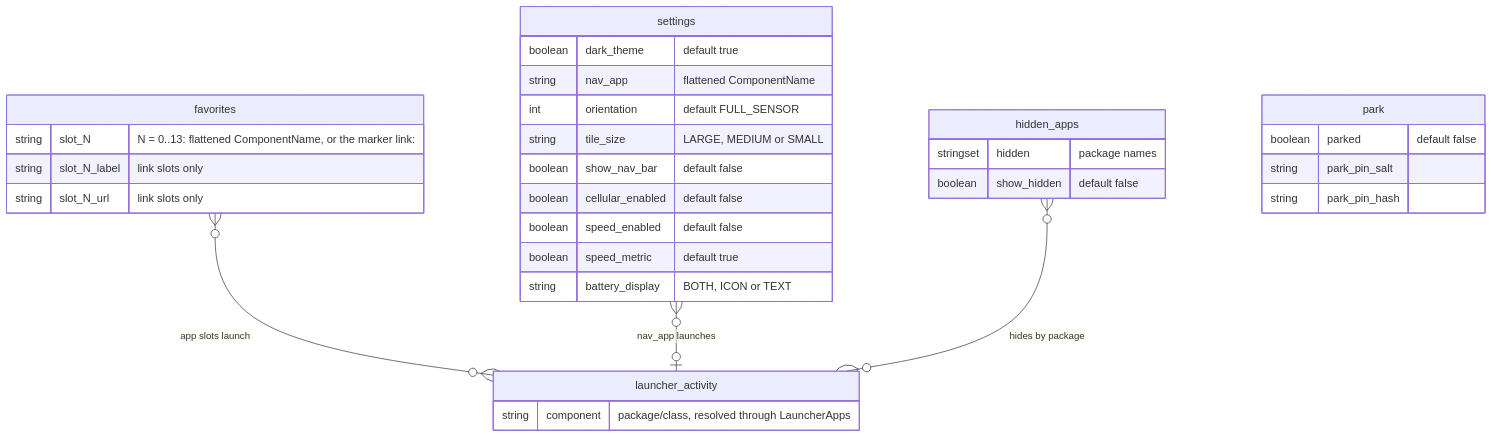
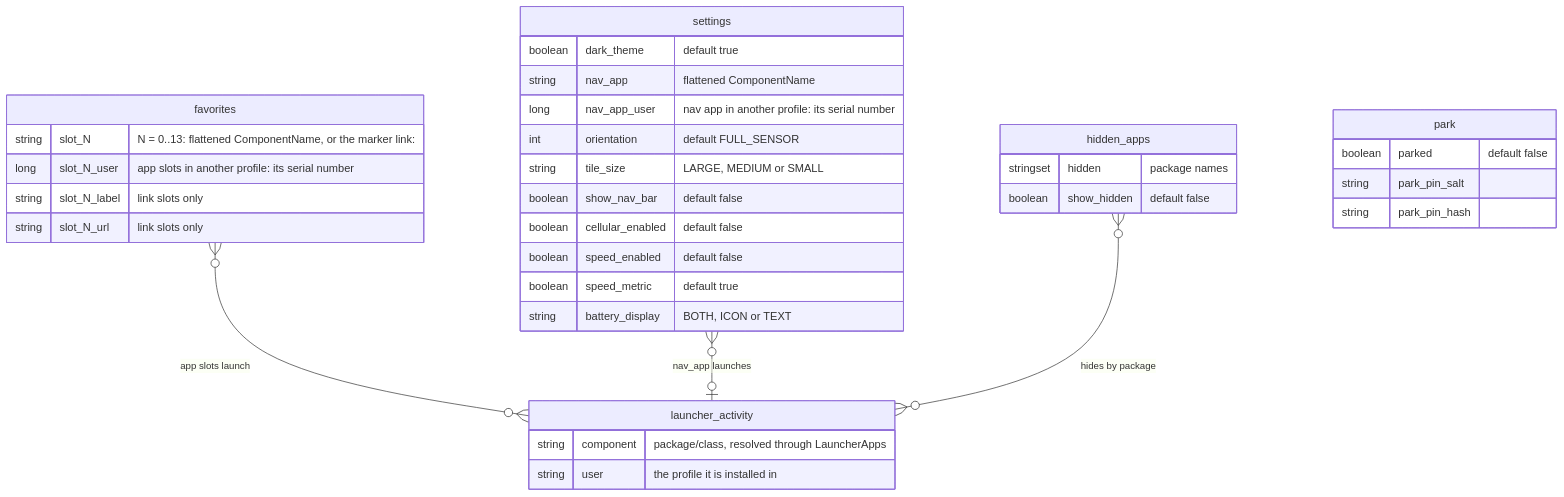
One commit to c0dev0id/motoLauncher changed the third of 3 diagrams in .github/architecture.md. Above: the diagram before and after it, drawn with Mermaid. The commit also changed 15 other files, not shown here.

````diff
--- a/.github/architecture.md
+++ b/.github/architecture.md
@@ -98,34 +98,37 @@
 ```mermaid
 erDiagram
     favorites {
         string slot_N "N = 0..13: flattened ComponentName, or the marker link:"
+        long slot_N_user "app slots in another profile: its serial number"
         string slot_N_label "link slots only"
         string slot_N_url "link slots only"
     }
     hidden_apps {
         stringset hidden "package names"
         boolean show_hidden "default false"
     }
     settings {
         boolean dark_theme "default true"
         string nav_app "flattened ComponentName"
+        long nav_app_user "nav app in another profile: its serial number"
         int orientation "default FULL_SENSOR"
         string tile_size "LARGE, MEDIUM or SMALL"
         boolean show_nav_bar "default false"
         boolean cellular_enabled "default false"
         boolean speed_enabled "default false"
         boolean speed_metric "default true"
         string battery_display "BOTH, ICON or TEXT"
     }
     park {
         boolean parked "default false"
         string park_pin_salt
         string park_pin_hash
     }
     launcher_activity {
         string component "package/class, resolved through LauncherApps"
+        string user "the profile it is installed in"
     }
     favorites }o--o{ launcher_activity : "app slots launch"
     settings }o--o| launcher_activity : "nav_app launches"
     hidden_apps }o--o{ launcher_activity : "hides by package"
 ```
````
